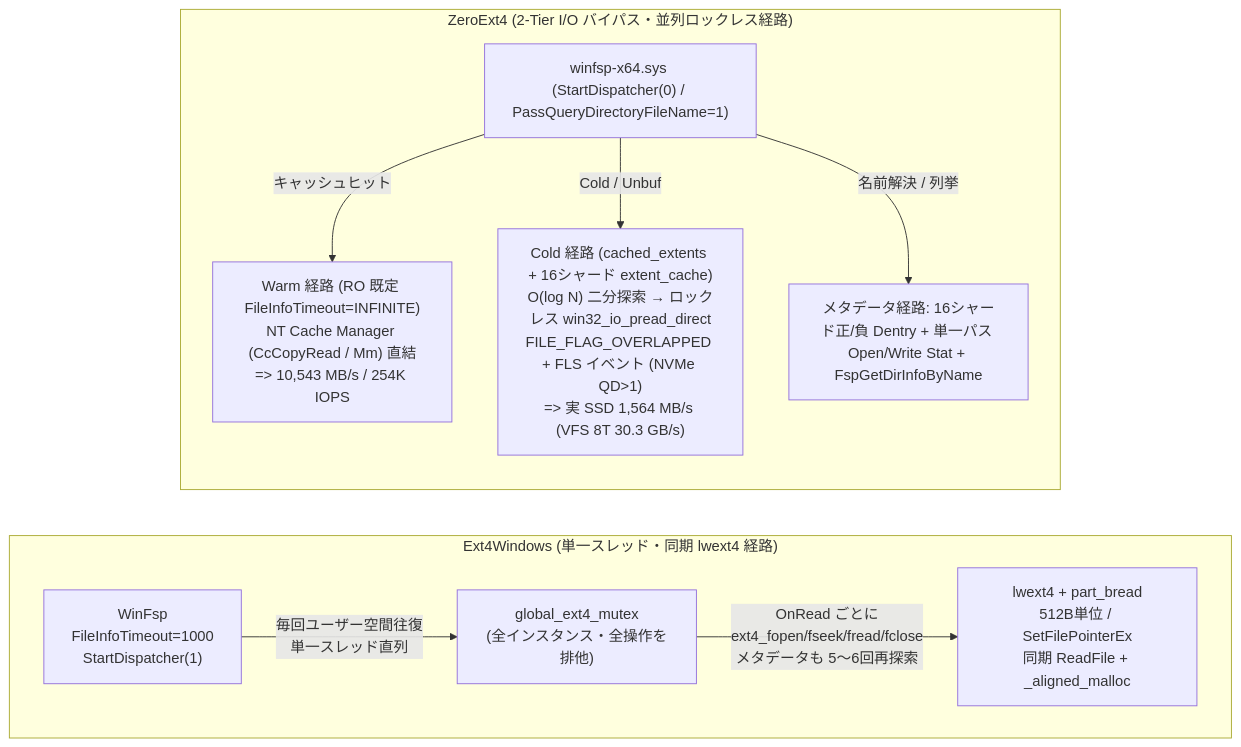
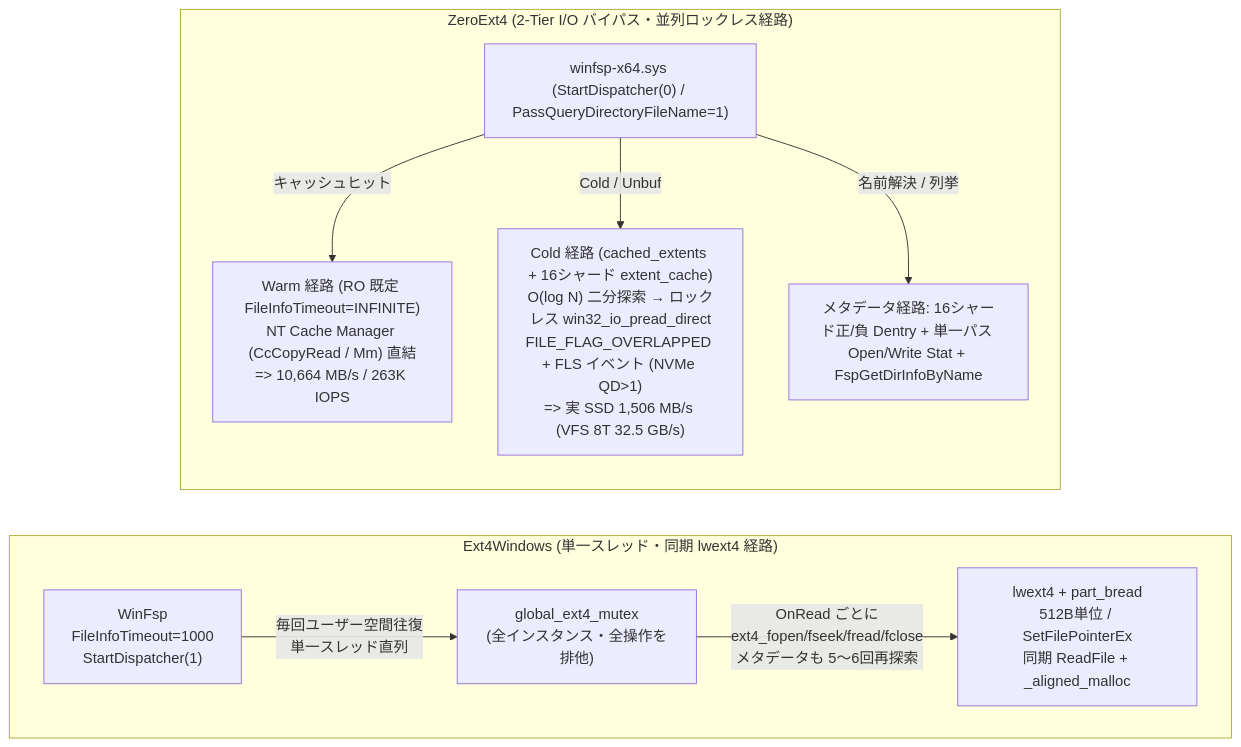
Before and after one commit to totatake/ZeroExt: the diagram in docs/reports/ext4windows-comparison.md, drawn with Mermaid. The commit also changed other lines of this file and 15 other files, not shown here.

Commit message:
perf(vfs,io): optimize RW/standard extent I/O and update benchmarks

````diff
--- a/docs/reports/ext4windows-comparison.md
+++ b/docs/reports/ext4windows-comparison.md
@@ -36,19 +36,19 @@
 ```mermaid
 flowchart LR
     subgraph Ext4W["Ext4Windows (単一スレッド・同期 lwext4 経路)"]
         direction LR
         E1["WinFsp\nFileInfoTimeout=1000\nStartDispatcher(1)"] -->|"毎回ユーザー空間往復\n単一スレッド直列"| E2["global_ext4_mutex\n(全インスタンス・全操作を排他)"]
         E2 -->|"OnRead ごとに\next4_fopen/fseek/fread/fclose\nメタデータも 5〜6回再探索"| E3["lwext4 + part_bread\n512B単位 / SetFilePointerEx\n同期 ReadFile + _aligned_malloc"]
     end
 
     subgraph ZeroExt4["ZeroExt4 (2-Tier I/O バイパス・並列ロックレス経路)"]
         direction TB
         ZSys["winfsp-x64.sys (StartDispatcher(0) / PassQueryDirectoryFileName=1)"]
-        ZHot["Warm 経路 (RO 既定 FileInfoTimeout=INFINITE)\nNT Cache Manager (CcCopyRead / Mm) 直結\n=> 10,543 MB/s / 254K IOPS"]
-        ZCold["Cold 経路 (cached_extents + 16シャード extent_cache)\nO(log N) 二分探索 → ロックレス win32_io_pread_direct\nFILE_FLAG_OVERLAPPED + FLS イベント (NVMe QD>1)\n=> 実 SSD 1,564 MB/s (VFS 8T 30.3 GB/s)"]
+        ZHot["Warm 経路 (RO 既定 FileInfoTimeout=INFINITE)\nNT Cache Manager (CcCopyRead / Mm) 直結\n=> 10,664 MB/s / 263K IOPS"]
+        ZCold["Cold 経路 (cached_extents + 16シャード extent_cache)\nO(log N) 二分探索 → ロックレス win32_io_pread_direct\nFILE_FLAG_OVERLAPPED + FLS イベント (NVMe QD>1)\n=> 実 SSD 1,506 MB/s (VFS 8T 32.5 GB/s)"]
         ZMeta["メタデータ経路: 16シャード正/負 Dentry + 単一パス Open/Write Stat + FspGetDirInfoByName"]
         ZSys -->|"キャッシュヒット"| ZHot
         ZSys -->|"Cold / Unbuf"| ZCold
         ZSys -->|"名前解決 / 列挙"| ZMeta
     end
 ```
````
